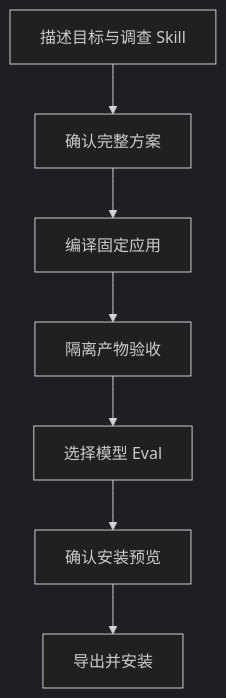
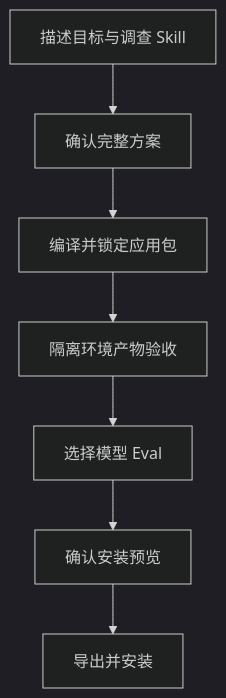
One commit to rpamis/comet-website-docs changed the diagram in zh/skill-creator/workflow.mdx. Above: the diagram before and after it, drawn with Mermaid (dark theme). The commit also changed other lines of this file and 17 other files, not shown here.

````diff
--- a/zh/skill-creator/workflow.mdx
+++ b/zh/skill-creator/workflow.mdx
@@ -8,9 +8,9 @@
 ```mermaid
 flowchart TB
   A[描述目标与调查 Skill] --> B[确认完整方案]
-  B --> C[编译固定应用]
-  C --> D[隔离产物验收]
+  B --> C[编译并锁定应用包]
+  C --> D[隔离环境产物验收]
   D --> E[选择模型 Eval]
   E --> F[确认安装预览]
   F --> G[导出并安装]
 ```
````
